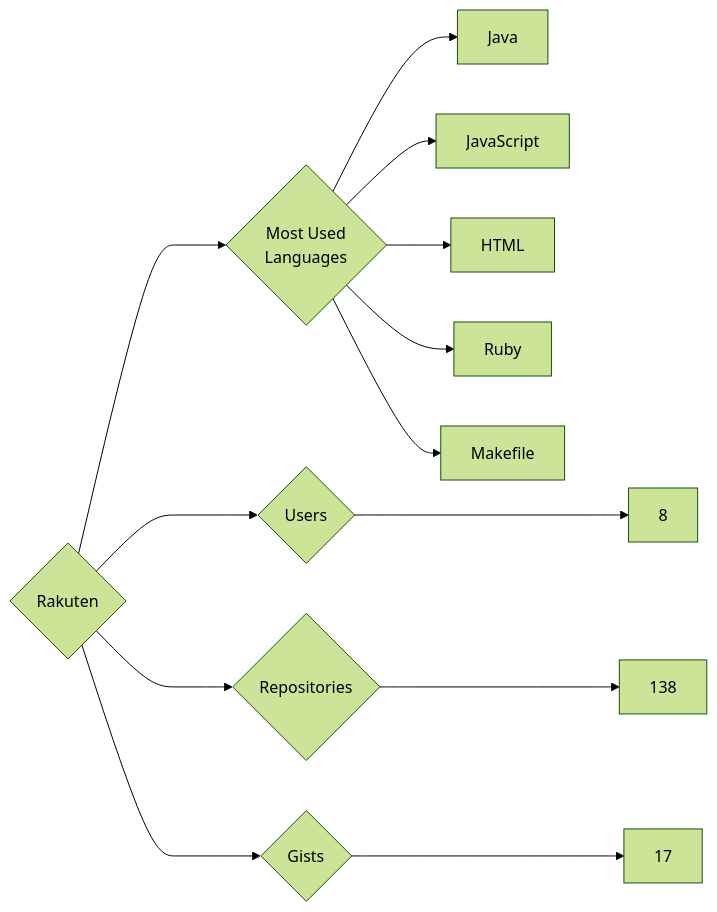
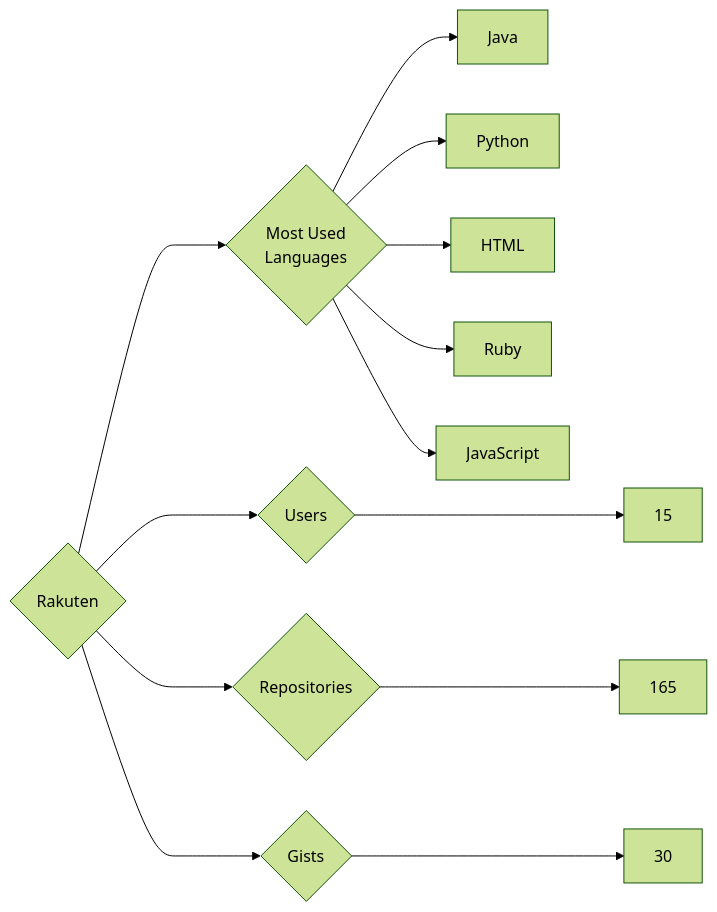
One commit to trickest/insiders changed the diagram in targets/Rakuten/README.md. Above: the diagram before and after it, drawn with Mermaid (forest theme). The commit also changed 969 other files, not shown here.

````diff
--- a/targets/Rakuten/README.md
+++ b/targets/Rakuten/README.md
@@ -3,13 +3,13 @@
 ```mermaid
 graph LR
 COMPANY_NAME{Rakuten}
-COMPANY_NAME ---> U{Users} ---> UN[8]
-COMPANY_NAME ---> R{Repositories} ---> RN[138]
-COMPANY_NAME ---> G{Gists} ---> GN[17]
+COMPANY_NAME ---> U{Users} ---> UN[15]
+COMPANY_NAME ---> R{Repositories} ---> RN[165]
+COMPANY_NAME ---> G{Gists} ---> GN[30]
 COMPANY_NAME ---> ML{Most Used<br>Languages}
 ML --> Java[Java]
-ML --> JavaScript[JavaScript]
+ML --> Python[Python]
 ML --> HTML[HTML]
 ML --> Ruby[Ruby]
-ML --> Makefile[Makefile]
+ML --> JavaScript[JavaScript]
 ```
````
